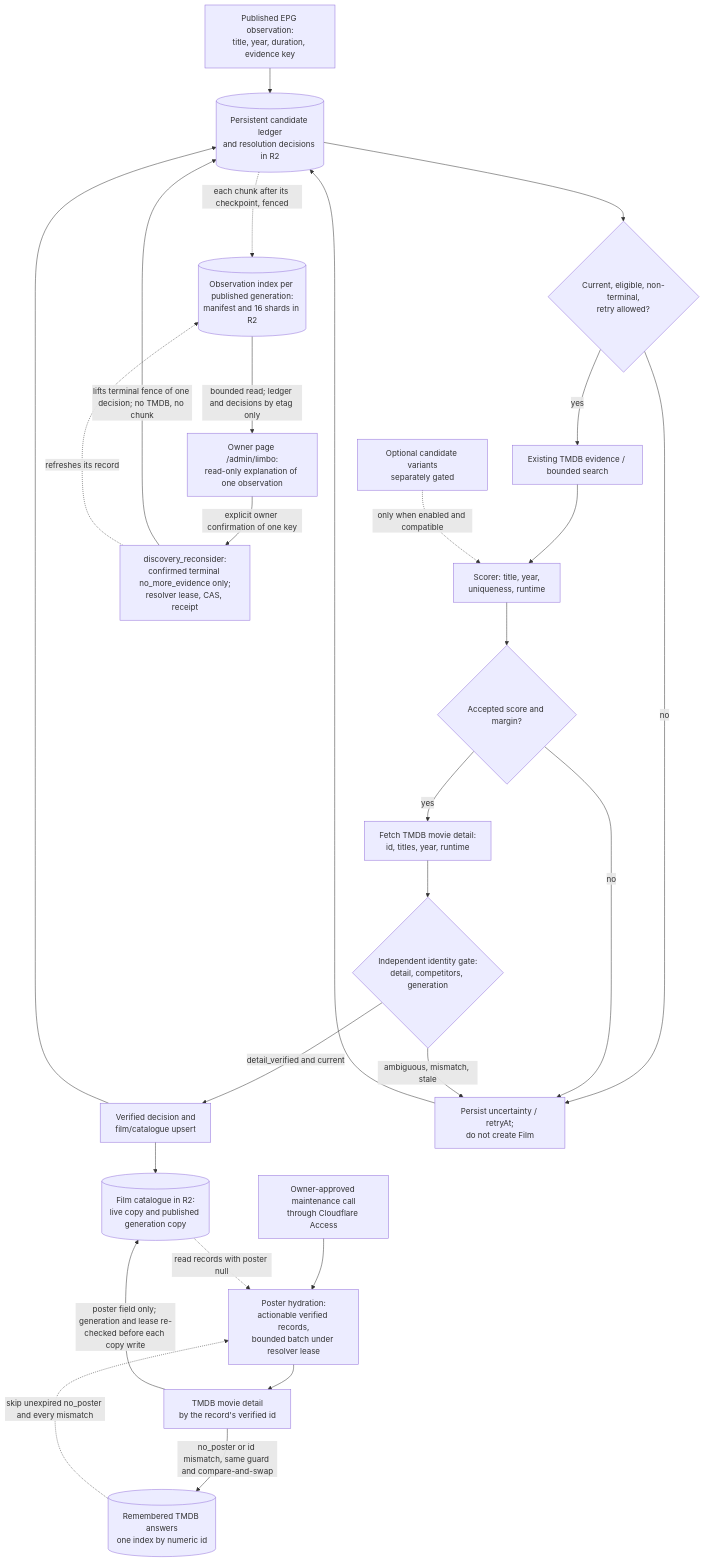
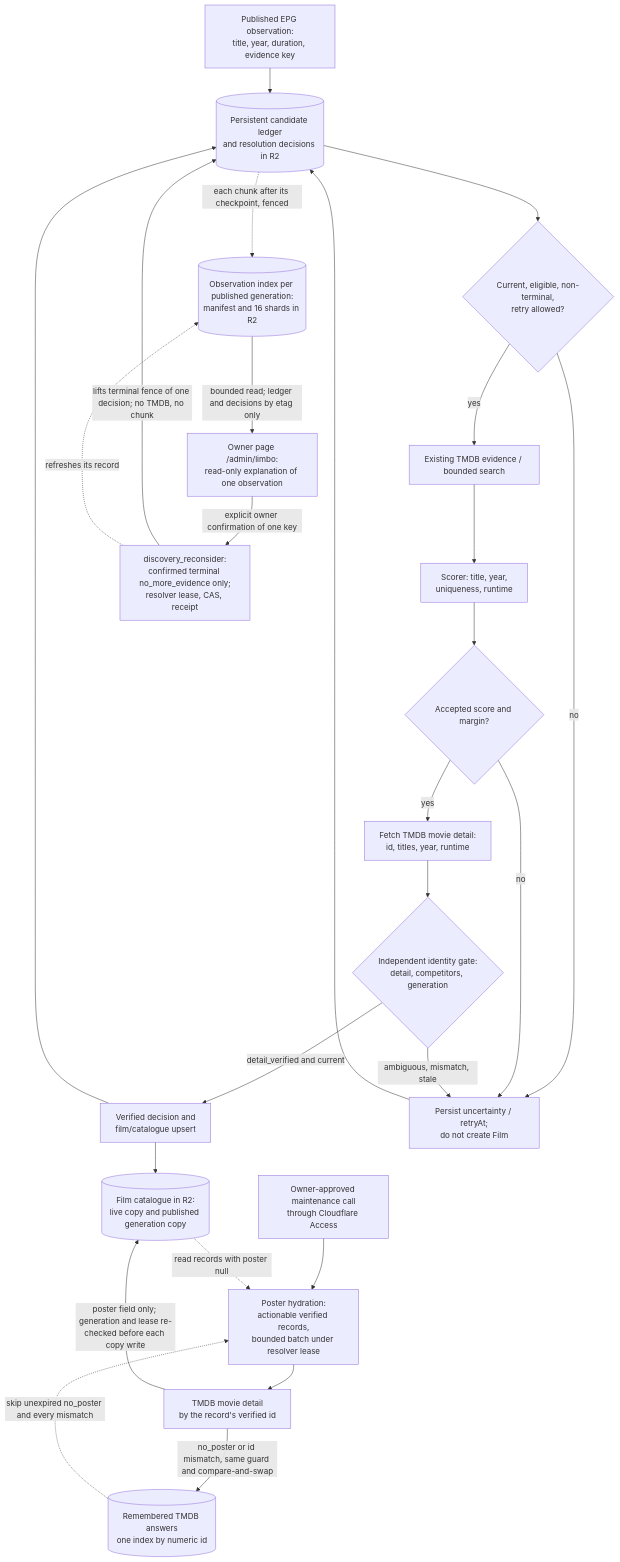
Before and after one commit to vladimino/iptv-watchlist: the diagram in docs/architecture/discovery-and-resolution.md, drawn with Mermaid. The commit also changed other lines of this file and 15 other files, not shown here.

````diff
--- a/docs/architecture/discovery-and-resolution.md
+++ b/docs/architecture/discovery-and-resolution.md
@@ -5,45 +5,43 @@
 ```mermaid
 flowchart TD
     epg["Published EPG observation:<br/>title, year, duration, evidence key"]
     ledger[("Persistent candidate ledger<br/>and resolution decisions in R2")]
     eligible{"Current, eligible, non-terminal,<br/>retry allowed?"}
     search["Existing TMDB evidence / bounded search"]
-    variants["Optional candidate variants<br/>separately gated"]
     scorer["Scorer: title, year,<br/>uniqueness, runtime"]
     score{"Accepted score and margin?"}
     detail["Fetch TMDB movie detail:<br/>id, titles, year, runtime"]
     gate{"Independent identity gate:<br/>detail, competitors, generation"}
     writer["Verified decision and<br/>film/catalogue upsert"]
     unresolved["Persist uncertainty / retryAt;<br/>do not create Film"]
     catalogue[("Film catalogue in R2:<br/>live copy and published generation copy")]
     owner["Owner-approved maintenance call<br/>through Cloudflare Access"]
     hydrate["Poster hydration:<br/>actionable verified records,<br/>bounded batch under resolver lease"]
     posterdetail["TMDB movie detail<br/>by the record's verified id"]
     negatives[("Remembered TMDB answers<br/>one index by numeric id")]
     obsindex[("Observation index per published generation:<br/>manifest and 16 shards in R2")]
     ownerread["Owner page /admin/limbo:<br/>read-only explanation of one observation"]
     reconsider["discovery_reconsider:<br/>confirmed terminal no_more_evidence only;<br/>resolver lease, CAS, receipt"]
     epg --> ledger --> eligible
     eligible -->|no| unresolved
     eligible -->|yes| search --> scorer
-    variants -.->|only when enabled and compatible| scorer
     scorer --> score
     score -->|no| unresolved
     score -->|yes| detail --> gate
     gate -->|detail_verified and current| writer
     gate -->|ambiguous, mismatch, stale| unresolved
     writer --> ledger
     writer --> catalogue
     unresolved --> ledger
     owner --> hydrate
     catalogue -.->|read records with poster null| hydrate
     negatives -.->|skip unexpired no_poster and every mismatch| hydrate
     hydrate --> posterdetail
     posterdetail -->|poster field only; generation and lease re-checked before each copy write| catalogue
     posterdetail -->|no_poster or id mismatch, same guard and compare-and-swap| negatives
     ledger -.->|each chunk after its checkpoint, fenced| obsindex
     obsindex -->|bounded read; ledger and decisions by etag only| ownerread
     ownerread -->|explicit owner confirmation of one key| reconsider
     reconsider -->|lifts terminal fence of one decision; no TMDB, no chunk| ledger
     reconsider -.->|refreshes its record| obsindex
 ```
````
